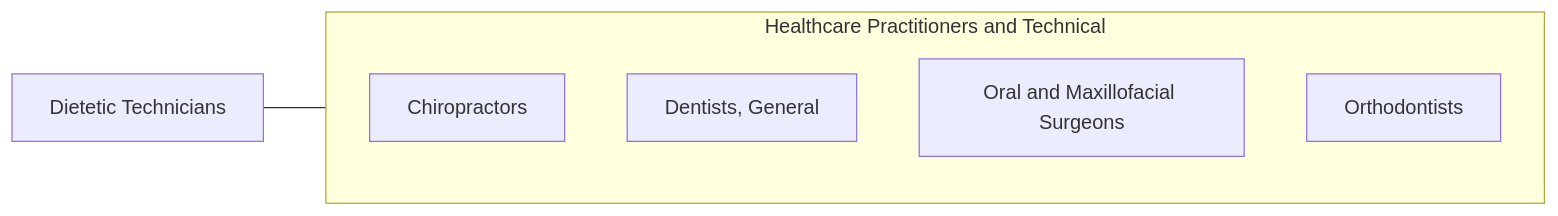
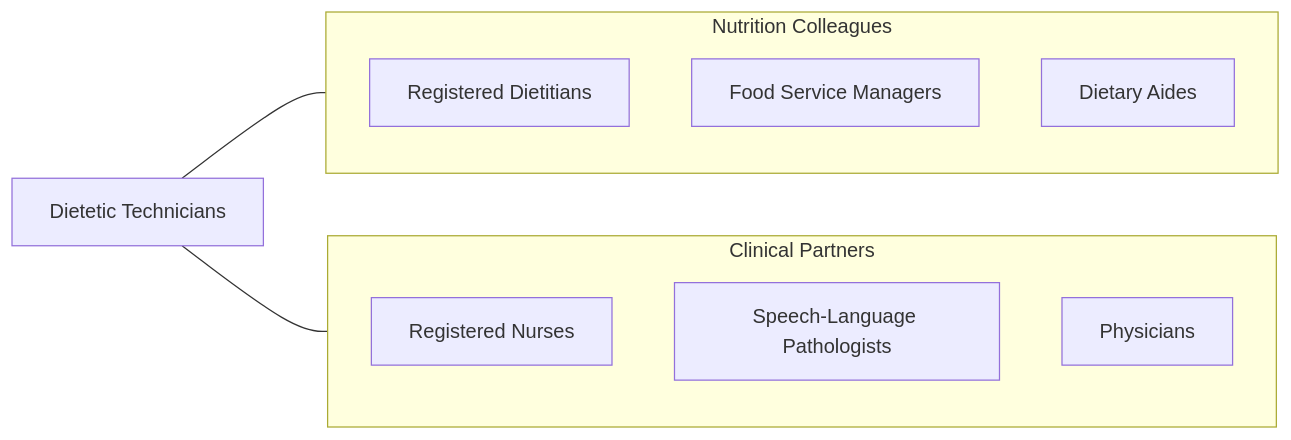
Before and after one commit to kziemski/business.org.ai: the fourth of 4 diagrams in occupations/HealthcarePractitioners/DieteticTechnicians.mdx, drawn with Mermaid. The commit also changed other lines of this file and 938 other files, not shown here.

````diff
--- a/occupations/HealthcarePractitioners/DieteticTechnicians.mdx
+++ b/occupations/HealthcarePractitioners/DieteticTechnicians.mdx
@@ -120,13 +181,19 @@
 ```mermaid
 graph LR
     Current["Dietetic Technicians"]
 
-    subgraph SameCategory["Healthcare Practitioners and Technical"]
-        Chiropractors["Chiropractors"]
-        DentistsGeneral["Dentists, General"]
-        OralAndMaxillofacial["Oral and Maxillofacial Surgeons"]
-        Orthodontists["Orthodontists"]
+    subgraph NutritionTeam["Nutrition Colleagues"]
+        RDs["Registered Dietitians"]
+        FoodServiceMgrs["Food Service Managers"]
+        DietaryAides["Dietary Aides"]
     end
 
-    Current --- SameCategory
+    subgraph Clinical["Clinical Partners"]
+        Nurses["Registered Nurses"]
+        SLPs["Speech-Language Pathologists"]
+        Physicians["Physicians"]
+    end
+
+    Current --- NutritionTeam
+    Current --- Clinical
 ```
````
